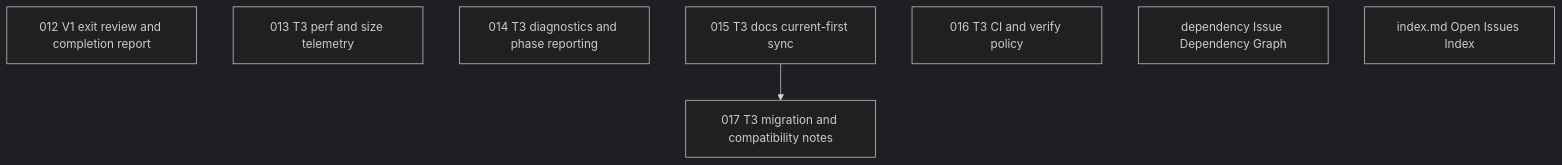
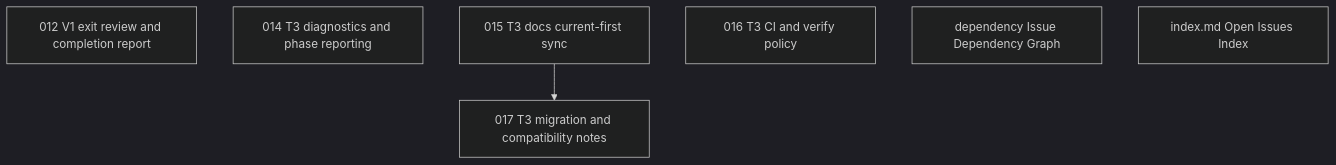
One commit to wogikaze/arukellt changed the diagram in issues/open/dependency-graph.md. Above: the diagram before and after it, drawn with Mermaid (dark theme). The commit also changed other lines of this file and 6 other files, not shown here.

First line of the commit message:
013: Add T3 perf and size telemetry

````diff
--- a/issues/open/dependency-graph.md
+++ b/issues/open/dependency-graph.md
@@ -7,12 +7,11 @@
 ```mermaid
 graph TD
   I012["012 V1 exit review and completion report"]
-  I013["013 T3 perf and size telemetry"]
   I014["014 T3 diagnostics and phase reporting"]
   I015["015 T3 docs current-first sync"]
   I016["016 T3 CI and verify policy"]
   Idependency["dependency Issue Dependency Graph"]
   Iindex.md["index.md Open Issues Index"]
   I017["017 T3 migration and compatibility notes"]
   I015 --> I017
 ```
````
